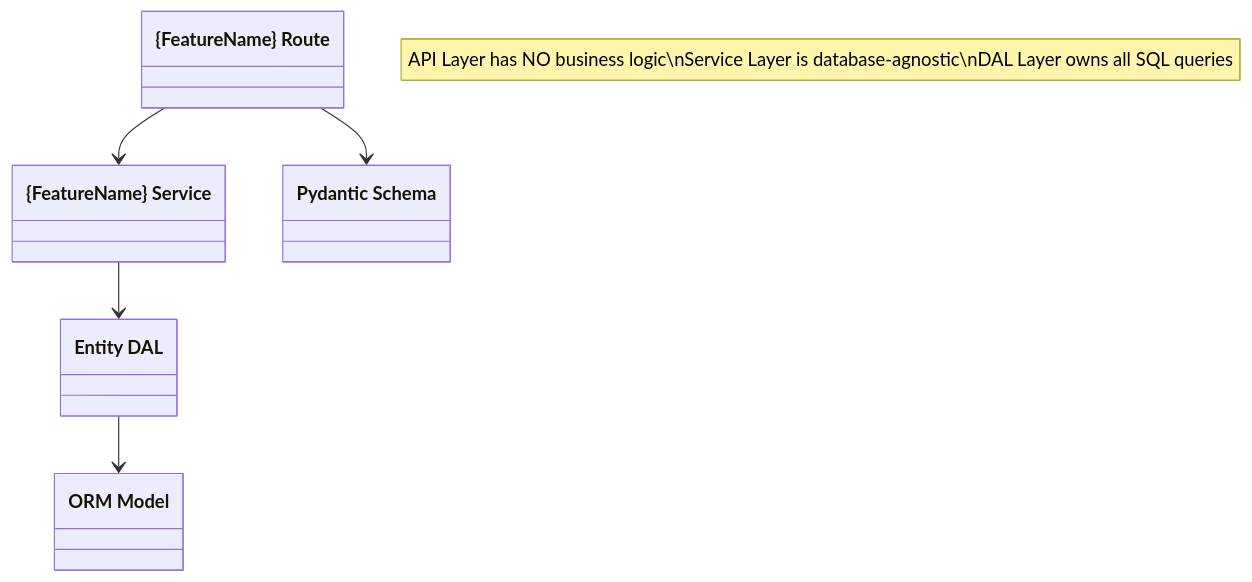
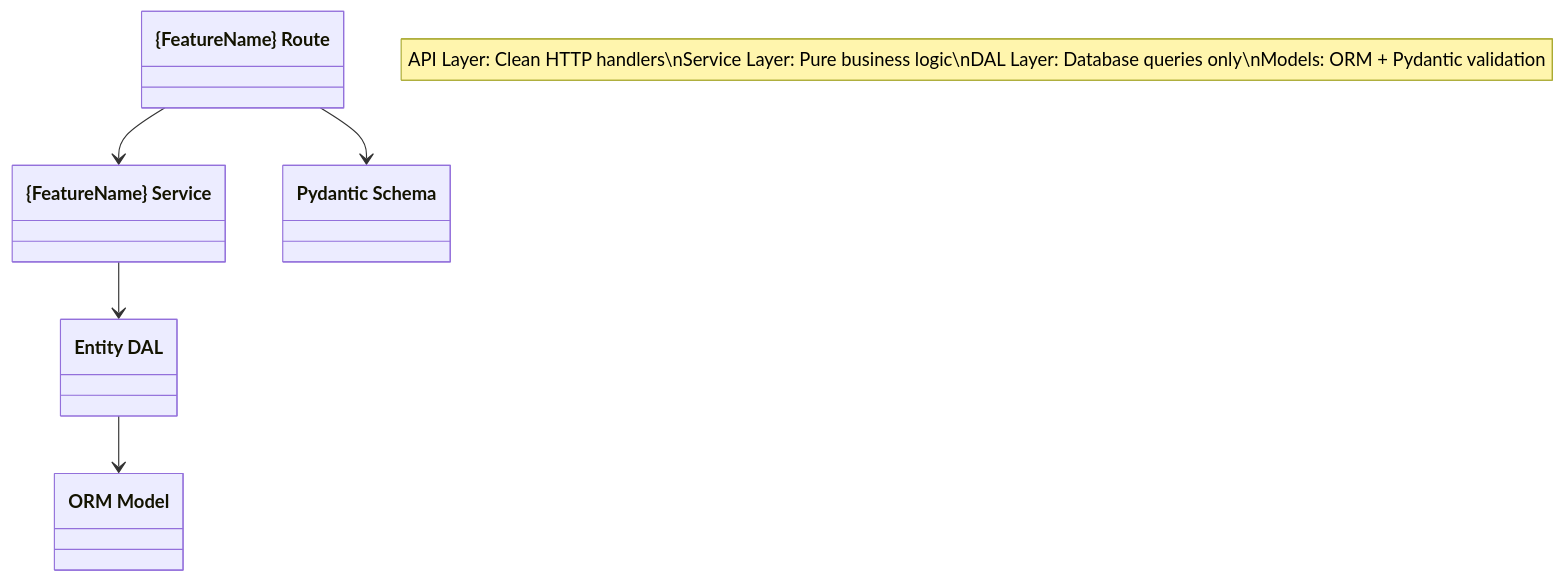
Before and after one commit to asafzenou/FinancialTransactionsPlatform: the first of 3 diagrams in docs/architecture/__templates/feature_architecture.md, drawn with Mermaid. The commit also changed other lines of this file and 3 other files, not shown here.

````diff
--- a/docs/architecture/__templates/feature_architecture.md
+++ b/docs/architecture/__templates/feature_architecture.md
@@ -87,15 +91,15 @@
 ```mermaid
 classDiagram
     class Route["{FeatureName} Route"]
     class Service["{FeatureName} Service"]
     class DAL["Entity DAL"]
     class ORM["ORM Model"]
     class Schema["Pydantic Schema"]
     
     Route --> Service
     Service --> DAL
     DAL --> ORM
     Route --> Schema
     
-    note "API Layer has NO business logic\nService Layer is database-agnostic\nDAL Layer owns all SQL queries"
+    note "API Layer: Clean HTTP handlers\nService Layer: Pure business logic\nDAL Layer: Database queries only\nModels: ORM + Pydantic validation"
 ```
````
